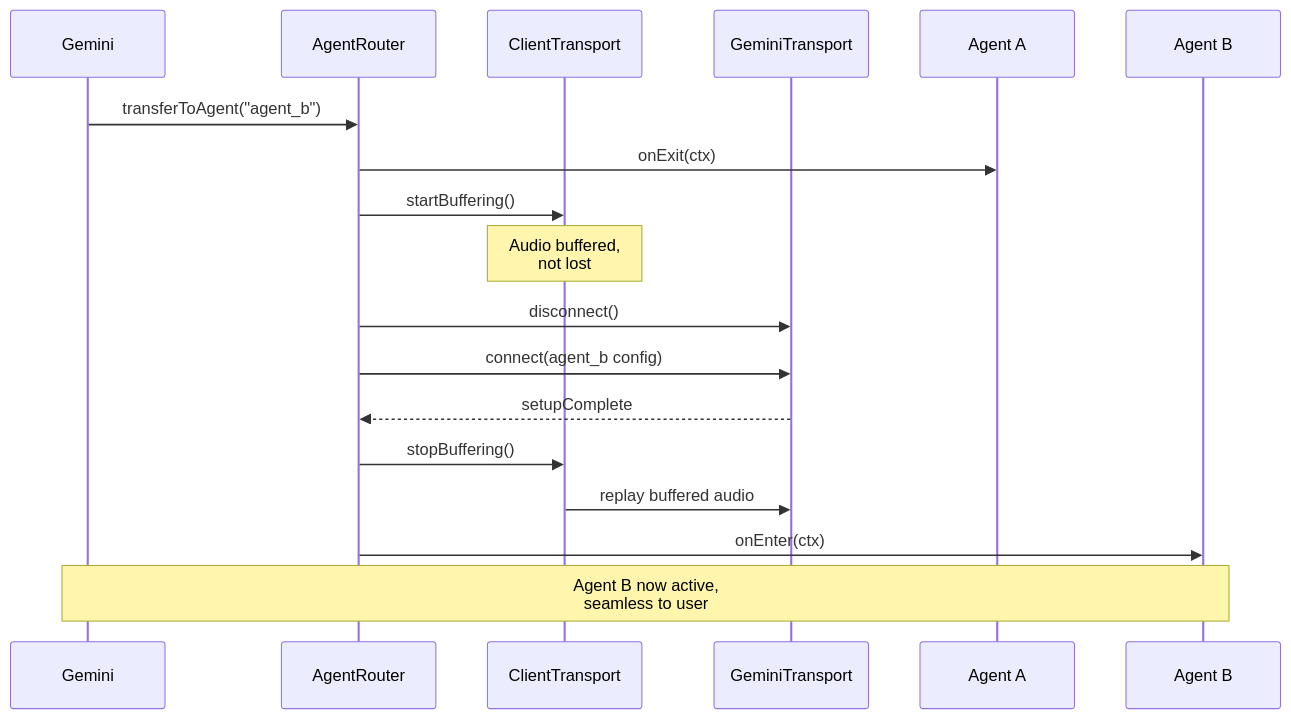
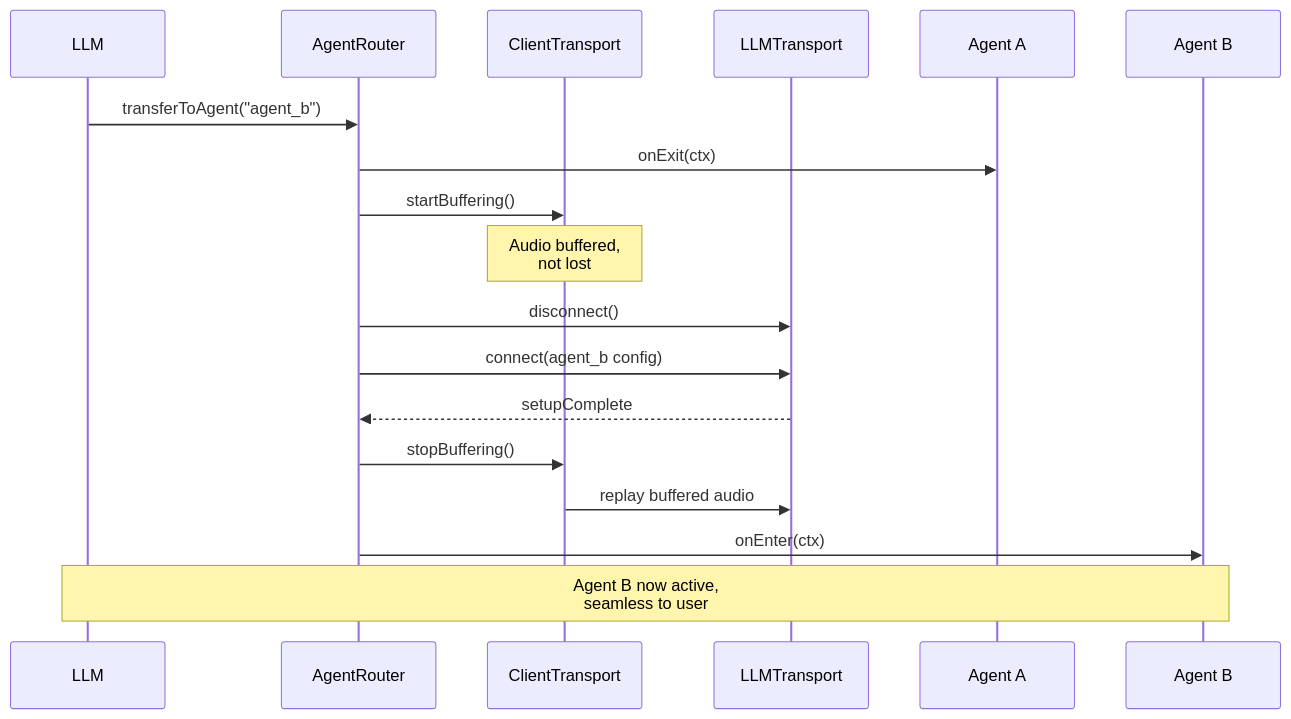
The fifth of 11 diagrams in docs/guide/architecture.md (randombet/bodhi_realtime_agent), drawn with Mermaid before and after one commit. The commit also changed other lines of this file and 15 other files, not shown here.

First line of the commit message:
docs: update all docs for LLM transport decoupling (multi-provider support)

````diff
--- a/docs/guide/architecture.md
+++ b/docs/guide/architecture.md
@@ -138,24 +138,24 @@
 ```mermaid
 sequenceDiagram
-    participant G as Gemini
+    participant G as LLM
     participant AR as AgentRouter
     participant CT as ClientTransport
-    participant GT as GeminiTransport
+    participant GT as LLMTransport
     participant A as Agent A
     participant B as Agent B
 
     G->>AR: transferToAgent("agent_b")
     AR->>A: onExit(ctx)
     AR->>CT: startBuffering()
     Note over CT: Audio buffered,<br/>not lost
 
     AR->>GT: disconnect()
     AR->>GT: connect(agent_b config)
     GT-->>AR: setupComplete
 
     AR->>CT: stopBuffering()
     CT->>GT: replay buffered audio
     AR->>B: onEnter(ctx)
 
     Note over G,B: Agent B now active,<br/>seamless to user
 ```
````
